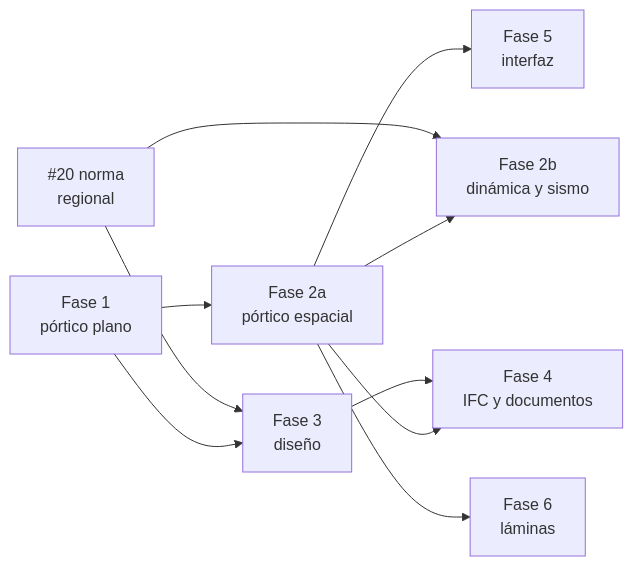
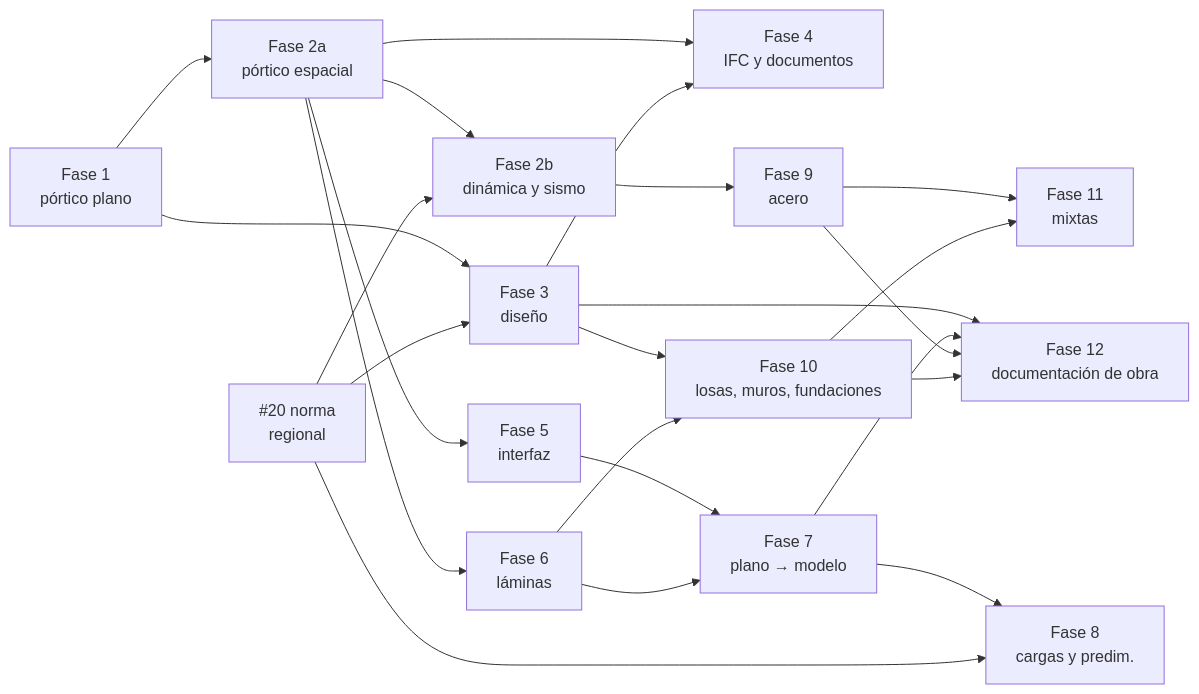
The diagram in docs/hoja-de-ruta.md (jeronimobareiro/nervi), drawn with Mermaid before and after one commit. The commit also changed other lines of this file and 12 other files, not shown here.

First line of the commit message:
Visión ampliada y hoja de ruta: hormigón, acero, mixtas y documentación de obra

````diff
--- a/docs/hoja-de-ruta.md
+++ b/docs/hoja-de-ruta.md
@@ -48,12 +67,25 @@
 ```mermaid
 flowchart LR
     F1["Fase 1<br/>pórtico plano"] --> F2a["Fase 2a<br/>pórtico espacial"]
     F2a --> F2b["Fase 2b<br/>dinámica y sismo"]
     F1 --> F3["Fase 3<br/>diseño"]
     F2a --> F4["Fase 4<br/>IFC y documentos"]
     F3 --> F4
     F2a --> F5["Fase 5<br/>interfaz"]
     F2a --> F6["Fase 6<br/>láminas"]
+    F5 --> F7["Fase 7<br/>plano → modelo"]
+    F6 --> F7
+    F7 --> F8["Fase 8<br/>cargas y predim."]
+    F2b --> F9["Fase 9<br/>acero"]
+    F3 --> F10["Fase 10<br/>losas, muros, fundaciones"]
+    F6 --> F10
+    F9 --> F11["Fase 11<br/>mixtas"]
+    F10 --> F11
+    F3 --> F12["Fase 12<br/>documentación de obra"]
+    F7 --> F12
+    F9 --> F12
+    F10 --> F12
     N["#20 norma<br/>regional"] --> F2b
     N --> F3
+    N --> F8
 ```
````
